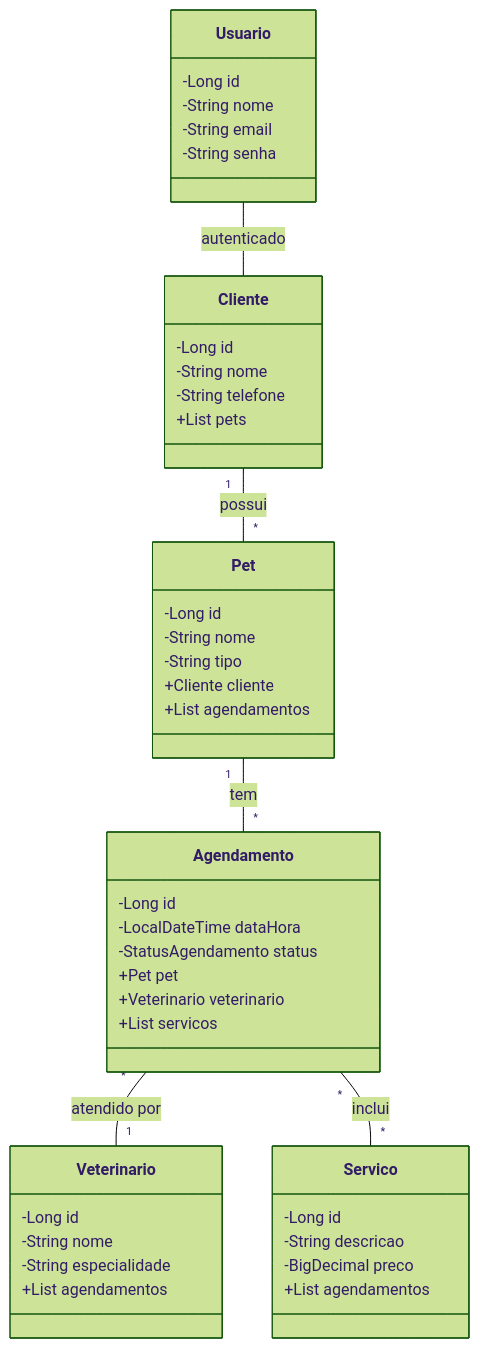
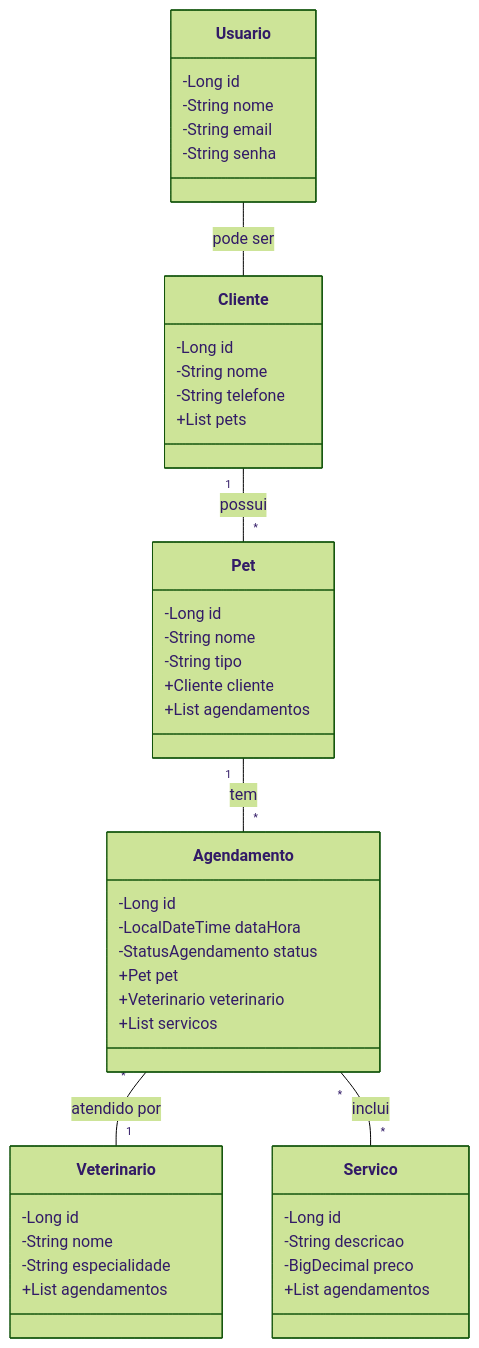
The diagram in README.md (Lucasgyn94/spring-pet-api), drawn with Mermaid (forest theme) before and after one commit. The commit also changed other lines of this file, not shown here.

````diff
--- a/README.md
+++ b/README.md
@@ -3,55 +14,54 @@
 ```mermaid
 classDiagram
     class Cliente {
         -Long id
         -String nome
         -String telefone
         +List<Pet> pets
     }
     
     class Pet {
         -Long id
         -String nome
         -String tipo
         +Cliente cliente
         +List<Agendamento> agendamentos
     }
     
     class Agendamento {
         -Long id
         -LocalDateTime dataHora
         -StatusAgendamento status
         +Pet pet
         +Veterinario veterinario
         +List<Servico> servicos
     }
     
     class Veterinario {
         -Long id
         -String nome
         -String especialidade
         +List<Agendamento> agendamentos
     }
     
     class Servico {
         -Long id
         -String descricao
         -BigDecimal preco
         +List<Agendamento> agendamentos
     }
     
     class Usuario {
         -Long id
         -String nome
         -String email
         -String senha
     }
     
     Cliente "1" -- "*" Pet : possui
     Pet "1" -- "*" Agendamento : tem
     Agendamento "*" -- "1" Veterinario : atendido por
     Agendamento "*" -- "*" Servico : inclui
-    Usuario -- Cliente : autenticado
-
+    Usuario -- Cliente : pode ser
 
 ```
````
